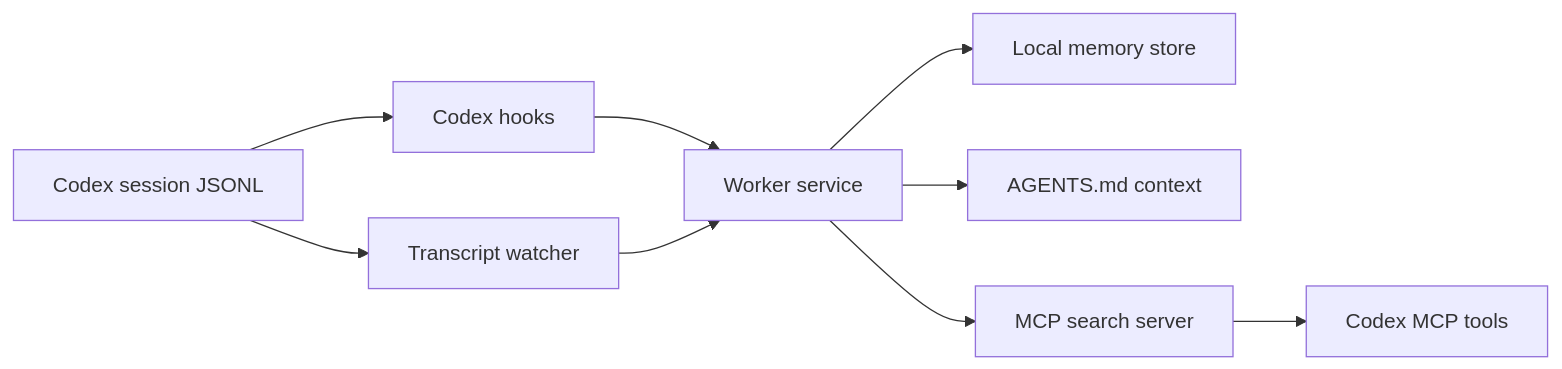
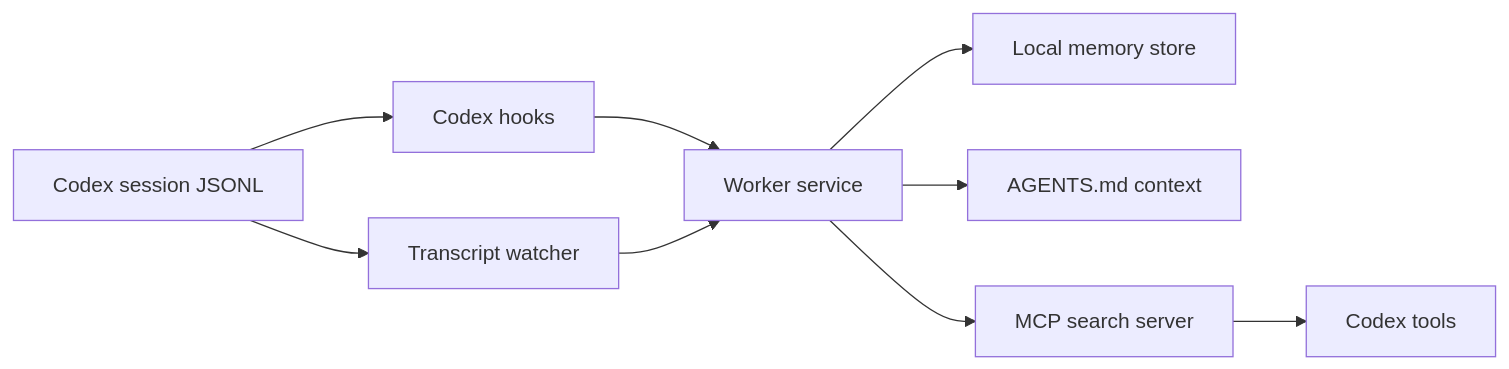
One commit to 0x4d3248656c706572/codex-mem changed the diagram in README.md. Above: the diagram before and after it, drawn with Mermaid. The commit also changed other lines of this file and 34 other files, not shown here.

````diff
--- a/README.md
+++ b/README.md
@@ -77,11 +104,11 @@
 ```mermaid
 flowchart LR
   A[Codex session JSONL] --> B[Transcript watcher]
   A --> C[Codex hooks]
   C --> D[Worker service]
   B --> D
   D --> E[Local memory store]
   D --> F[AGENTS.md context]
   D --> G[MCP search server]
-  G --> H[Codex MCP tools]
+  G --> H[Codex tools]
 ```
````
